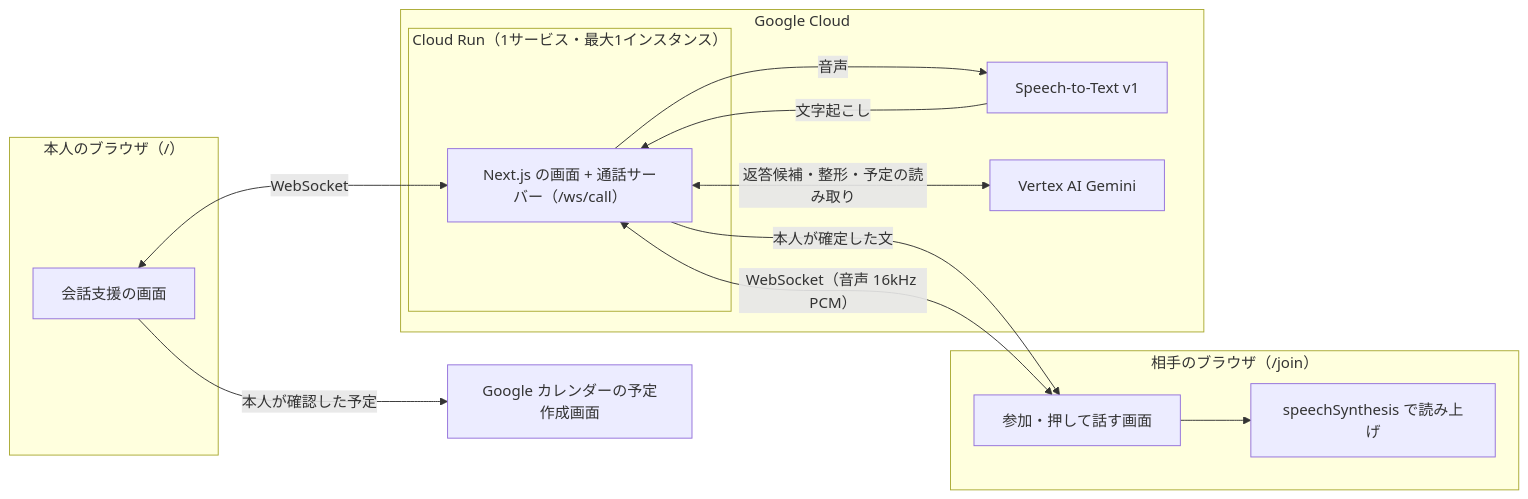
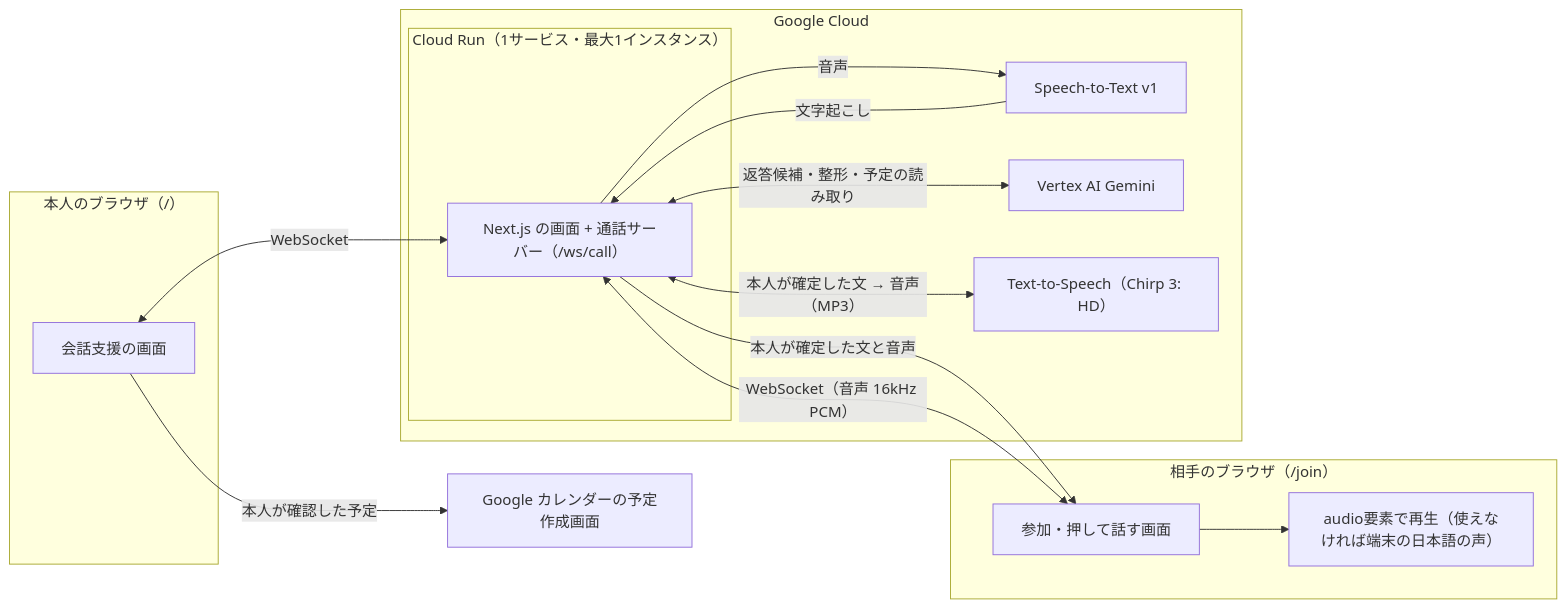
Before and after one commit to cheukman-yang/echobridge-care: the diagram in README.md, drawn with Mermaid. The commit also changed other lines of this file and 2 other files, not shown here.

Commit message:
docs: describe Cloud Text-to-Speech reading, its settings, measurements and checks

````diff
--- a/README.md
+++ b/README.md
@@ -42,26 +42,28 @@
 ```mermaid
 flowchart LR
   subgraph user["本人のブラウザ（/）"]
     U["会話支援の画面"]
   end
   subgraph partner["相手のブラウザ（/join）"]
     P["参加・押して話す画面"]
-    T["speechSynthesis で読み上げ"]
+    T["audio要素で再生（使えなければ端末の日本語の声）"]
   end
   subgraph gcp["Google Cloud"]
     subgraph run["Cloud Run（1サービス・最大1インスタンス）"]
       W["Next.js の画面 + 通話サーバー（/ws/call）"]
     end
     S["Speech-to-Text v1"]
     G["Vertex AI Gemini"]
+    TT["Text-to-Speech（Chirp 3: HD）"]
   end
   C["Google カレンダーの予定作成画面"]
   U <-->|"WebSocket"| W
   P <-->|"WebSocket（音声 16kHz PCM）"| W
   W -->|"音声"| S
   S -->|"文字起こし"| W
   W <-->|"返答候補・整形・予定の読み取り"| G
-  W -->|"本人が確定した文"| P
+  W <-->|"本人が確定した文 → 音声（MP3）"| TT
+  W -->|"本人が確定した文と音声"| P
   P --> T
   U -->|"本人が確認した予定"| C
 ```
````
